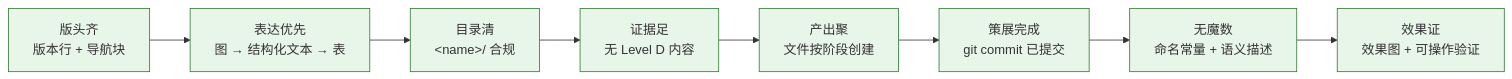
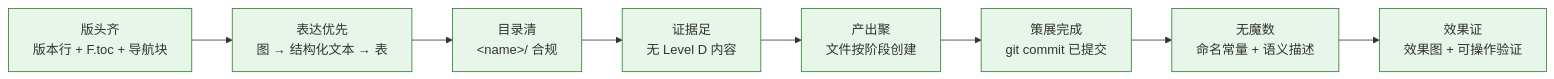
Diagram 11 of 11 in rules/doc-generation.md (effiy/YrY), drawn with Mermaid before and after one commit. The commit also changed other lines of this file and 20 other files, not shown here.

````diff
--- a/rules/doc-generation.md
+++ b/rules/doc-generation.md
@@ -367,12 +465,12 @@
 ```mermaid
 flowchart LR
-    S1["版头齐<br/>版本行 + 导航块"]:::sig --> S2["表达优先<br/>图 → 结构化文本 → 表"]:::sig
+    S1["版头齐<br/>版本行 + F.toc + 导航块"]:::sig --> S2["表达优先<br/>图 → 结构化文本 → 表"]:::sig
     S2 --> S3["目录清<br/>&lt;name&gt;/ 合规"]:::sig
     S3 --> S4["证据足<br/>无 Level D 内容"]:::sig
     S4 --> S5["产出聚<br/>文件按阶段创建"]:::sig
     S5 --> S6["策展完成<br/>git commit 已提交"]:::sig
     S6 --> S7["无魔数<br/>命名常量 + 语义描述"]:::sig
     S7 --> S8["效果证<br/>效果图 + 可操作验证"]:::sig
 
     classDef sig fill:#e8f5e9,stroke:#2e7d32;
 ```
````
